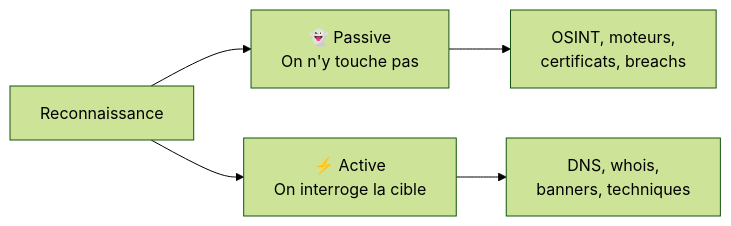
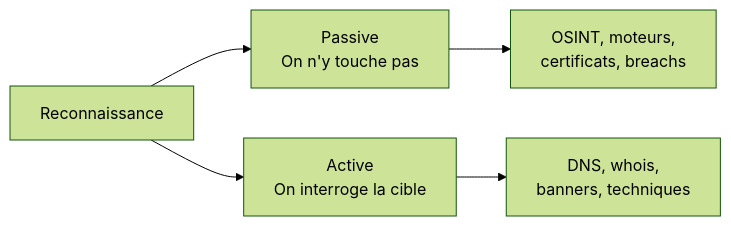
Before and after one commit to F0X-hack/foxhack.fr: the first of 8 diagrams in public/offsidian/vault/Cybersécurité Offensive/01 - Reconnaissance.md, drawn with Mermaid (forest theme). The commit also changed other lines of this file and 369 other files, not shown here.

````diff
--- a/public/offsidian/vault/Cybersécurité Offensive/01 - Reconnaissance.md
+++ b/public/offsidian/vault/Cybersécurité Offensive/01 - Reconnaissance.md
@@ -7,7 +7,7 @@
 ```mermaid
 flowchart LR
-    R[Reconnaissance] --> Pass[👻 Passive<br>On n'y touche pas]
-    R --> Act[⚡ Active<br>On interroge la cible]
+    R[Reconnaissance] --> Pass[Passive<br>On n'y touche pas]
+    R --> Act[Active<br>On interroge la cible]
     Pass --> T[OSINT, moteurs,<br>certificats, breachs]
     Act --> D[DNS, whois,<br>banners, techniques]
 ```
````
